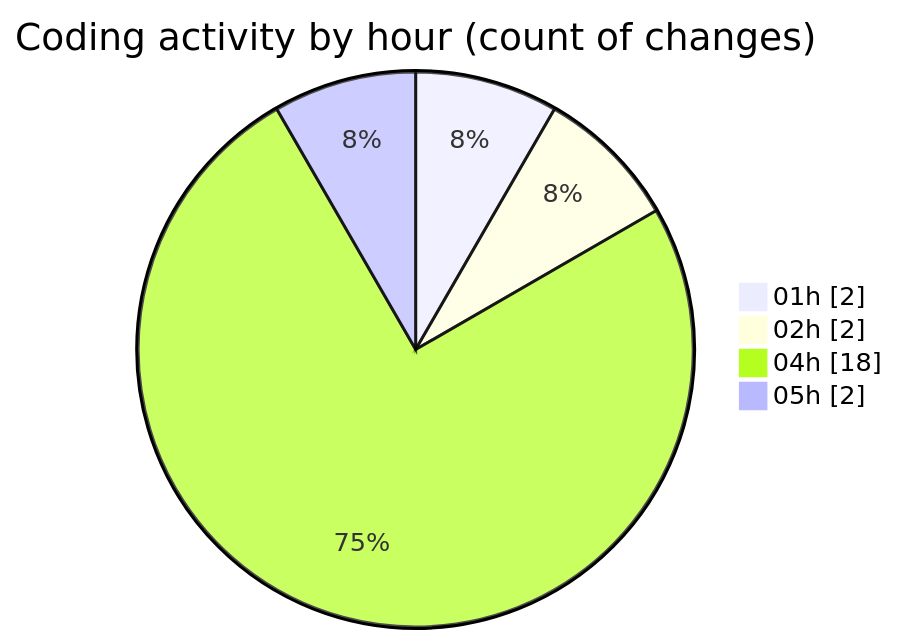
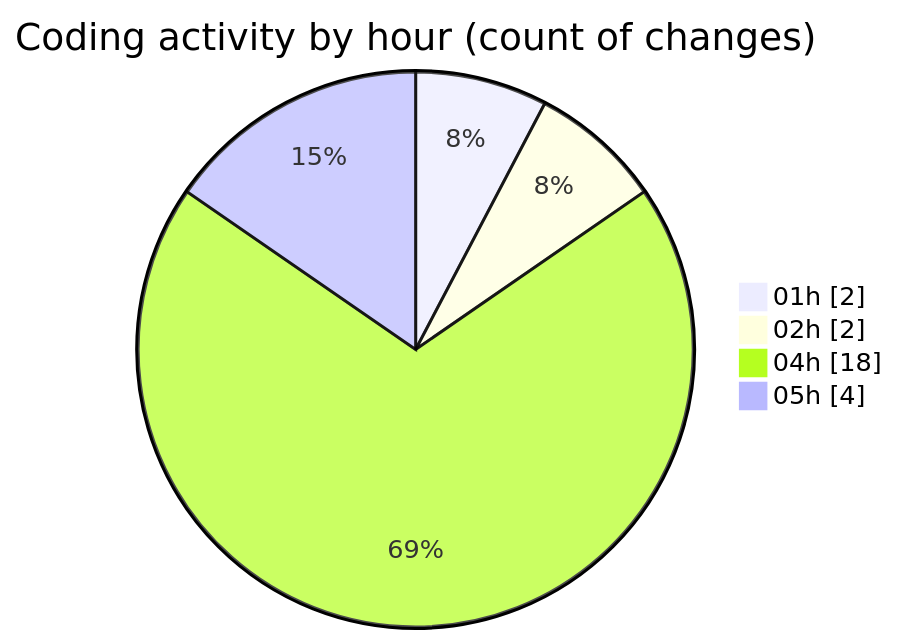
Before and after one commit to tmsrecording-cyber/code-tracking: the second of 2 diagrams in 2026-02-05/singularitybrainai/README.md, drawn with Mermaid. The commit also changed other lines of this file and 1 other file, not shown here.

````diff
--- a/2026-02-05/singularitybrainai/README.md
+++ b/2026-02-05/singularitybrainai/README.md
@@ -30,8 +30,8 @@
 ```mermaid
 pie showData
 title Coding activity by hour (count of changes)
 "01h" : 2
 "02h" : 2
 "04h" : 18
-"05h" : 2
+"05h" : 4
 ```
````
